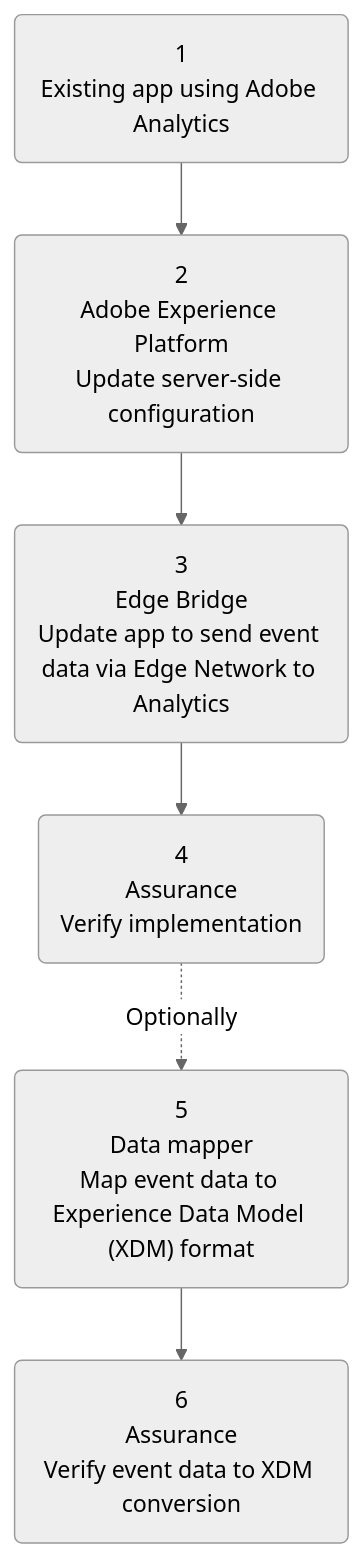
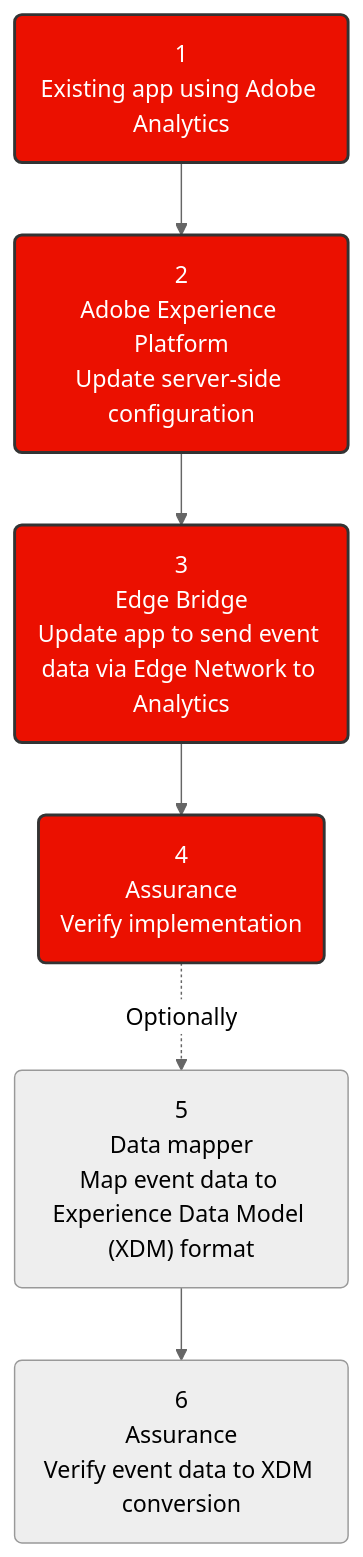
One commit to adobe/aepsdk-edgebridge-ios changed the diagram in Documentation/tutorials/edge-bridge-tutorial.md. Above: the diagram before and after it, drawn with Mermaid (neutral theme). The commit also changed 1 other file, not shown here.

Commit message:
Update diagram styling

````diff
--- a/Documentation/tutorials/edge-bridge-tutorial.md
+++ b/Documentation/tutorials/edge-bridge-tutorial.md
@@ -25,9 +25,14 @@
 ```mermaid
 graph TD;
     step1(1<br/>Existing app using Adobe Analytics) -->
     step2(2<br/>Adobe Experience Platform<br/>Update server-side configuration) --> 
     step3(3<br/>Edge Bridge<br/>Update app to send event data via Edge Network to Analytics) --> 
     step4(4<br/>Assurance<br/>Verify implementation) -. "Optionally" .-> 
     step5("5<br/>Data mapper<br/>Map event data to Experience Data Model (XDM) format") -->
     step6(6<br/>Assurance<br/>Verify event data to XDM conversion);
+
+style step1 fill:#EB1000,stroke:#333,stroke-width:2px,color:#fff
+style step2 fill:#EB1000,stroke:#333,stroke-width:2px,color:#fff
+style step3 fill:#EB1000,stroke:#333,stroke-width:2px,color:#fff
+style step4 fill:#EB1000,stroke:#333,stroke-width:2px,color:#fff
 ```
````
